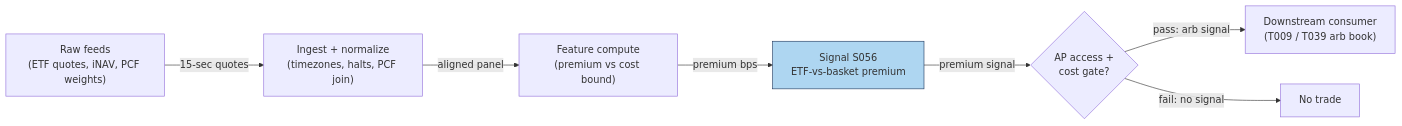
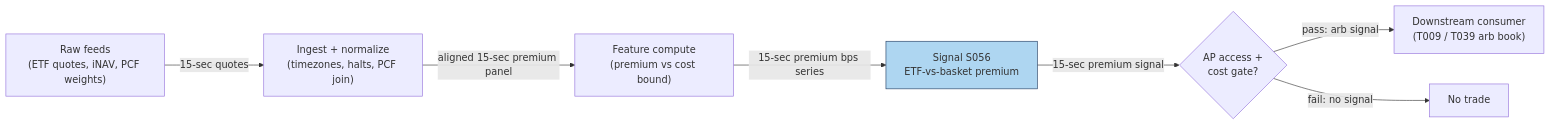
One commit to praveenguptahcl/quant-signals-deep changed the diagram in batches/SB3/S056.md. Above: the diagram before and after it, drawn with Mermaid. The commit also changed other lines of this file and 27 other files, not shown here.

````diff
--- a/batches/SB3/S056.md
+++ b/batches/SB3/S056.md
@@ -168,10 +169,10 @@
 ```mermaid
 flowchart LR
     FEED["Raw feeds\n(ETF quotes, iNAV, PCF weights)"] -->|"15-sec quotes"| ING["Ingest + normalize\n(timezones, halts, PCF join)"]
-    ING -->|"aligned panel"| FEAT["Feature compute\n(premium vs cost bound)"]
-    FEAT -->|"premium bps"| SIG["Signal S056\nETF-vs-basket premium"]
-    SIG -->|"premium signal"| GATE{"AP access +\ncost gate?"}
+    ING -->|"aligned 15-sec premium panel"| FEAT["Feature compute\n(premium vs cost bound)"]
+    FEAT -->|"15-sec premium bps series"| SIG["Signal S056\nETF-vs-basket premium"]
+    SIG -->|"15-sec premium signal"| GATE{"AP access +\ncost gate?"}
     GATE -->|"pass: arb signal"| OUT["Downstream consumer\n(T009 / T039 arb book)"]
     GATE -->|"fail: no signal"| DROP["No trade"]
     style SIG fill:#aed6f1,stroke:#1f3a5f
 ```
````
